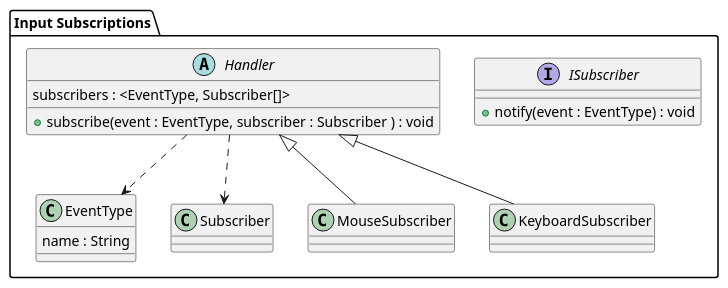
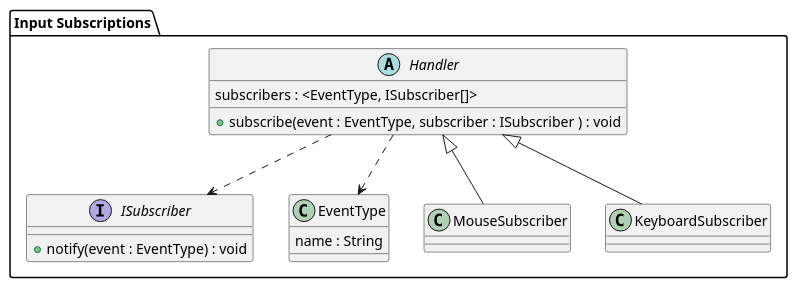
Before and after one commit to Pending-Name-21/arquitecture: the diagram in uml/frontend-software-system/input-subscribers.puml, drawn with PlantUML. The commit also changed 1 other file, not shown here.

```diff
--- a/uml/frontend-software-system/input-subscribers.puml
+++ b/uml/frontend-software-system/input-subscribers.puml
@@ -1,20 +1,20 @@
 @startuml
 package "Input Subscriptions" {
   interface ISubscriber {
     +notify(event : EventType) : void
   }
 
   class EventType {
     name : String
   }
 
   abstract class Handler {
-    subscribers : <EventType, Subscriber[]>
-    +subscribe(event : EventType, subscriber : Subscriber ) : void
+    subscribers : <EventType, ISubscriber[]>
+    +subscribe(event : EventType, subscriber : ISubscriber ) : void
   }
   Handler ..> EventType 
-    Handler ..> Subscriber
+    Handler ..> ISubscriber
     Handler <|-- MouseSubscriber
     Handler <|-- KeyboardSubscriber
 }
 @enduml
```
